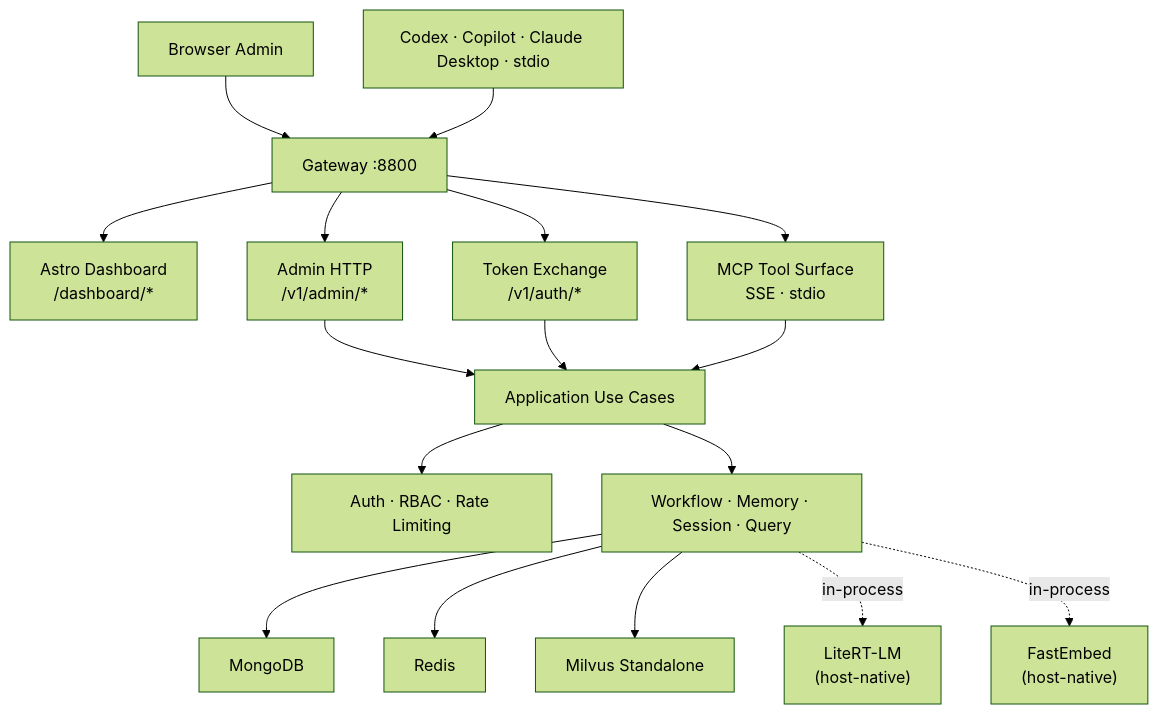
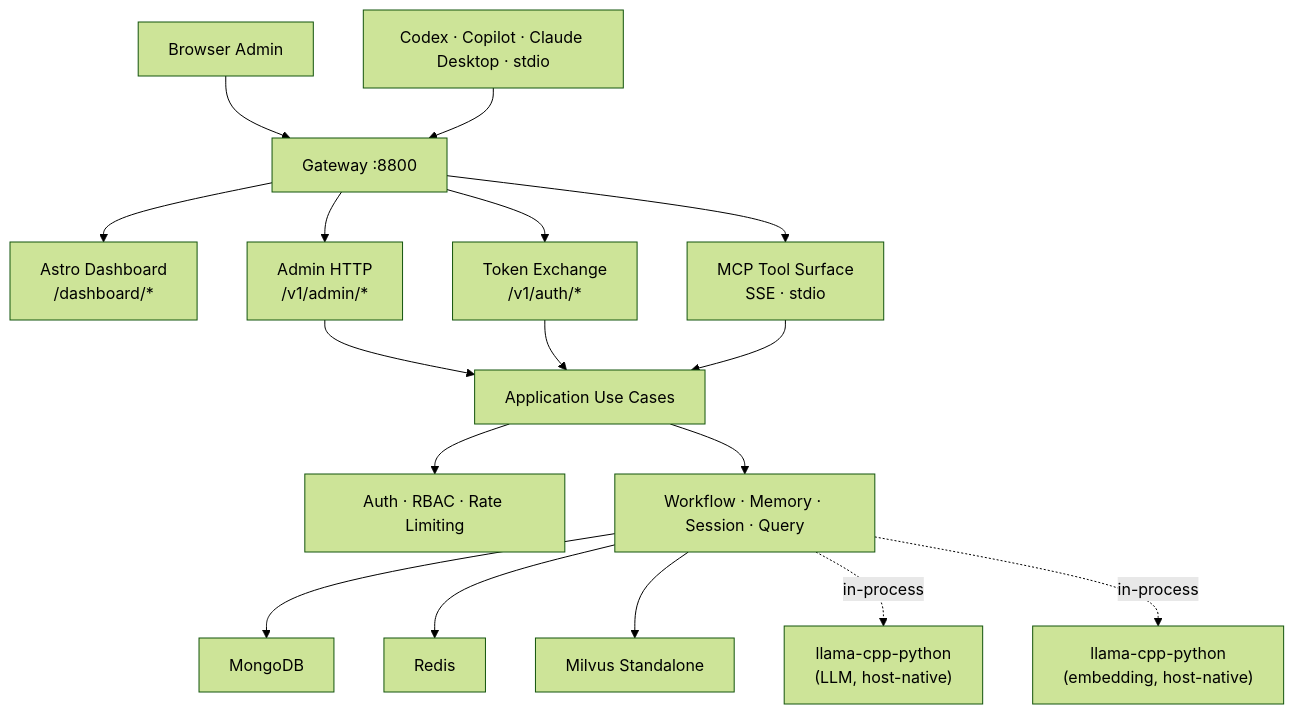
Before and after one commit to hiimtrung/minder: the diagram in docs/architecture/minder-server.md, drawn with Mermaid (forest theme). The commit also changed other lines of this file and 28 other files, not shown here.

Commit message:
refactor: replace LiteRT-LM and FastEmbed with llama-cpp-python for unified GGUF-based local inference

````diff
--- a/docs/architecture/minder-server.md
+++ b/docs/architecture/minder-server.md
@@ -12,21 +12,21 @@
 ```mermaid
 flowchart TB
     Browser["Browser Admin"] --> Gateway["Gateway :8800"]
     MCP["Codex · Copilot · Claude Desktop · stdio"] --> Gateway
 
     Gateway --> Dashboard["Astro Dashboard\n/dashboard/*"]
     Gateway --> AdminAPI["Admin HTTP\n/v1/admin/*"]
     Gateway --> AuthAPI["Token Exchange\n/v1/auth/*"]
     Gateway --> MCPTools["MCP Tool Surface\nSSE · stdio"]
 
     AdminAPI & AuthAPI & MCPTools --> UseCases["Application Use Cases"]
 
     UseCases --> Auth["Auth · RBAC · Rate Limiting"]
     UseCases --> Services["Workflow · Memory · Session · Query"]
 
     Services --> Mongo["MongoDB"]
     Services --> Redis["Redis"]
     Services --> Milvus["Milvus Standalone"]
-    Services -.->|"in-process"| LiteRT["LiteRT-LM\n(host-native)"]
-    Services -.->|"in-process"| FastEmbed["FastEmbed\n(host-native)"]
+    Services -.->|"in-process"| LlamaCpp["llama-cpp-python\n(LLM, host-native)"]
+    Services -.->|"in-process"| LlamaCppEmbed["llama-cpp-python\n(embedding, host-native)"]
 ```
````
